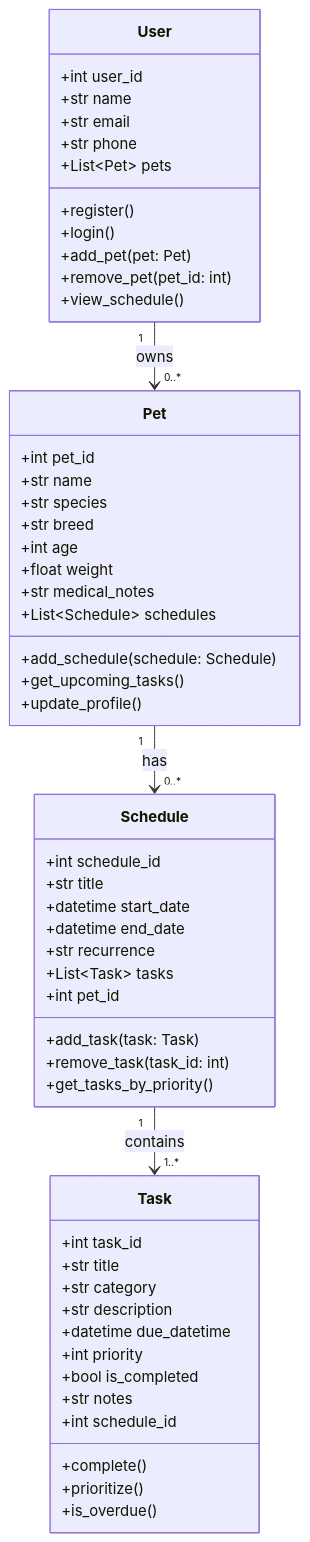
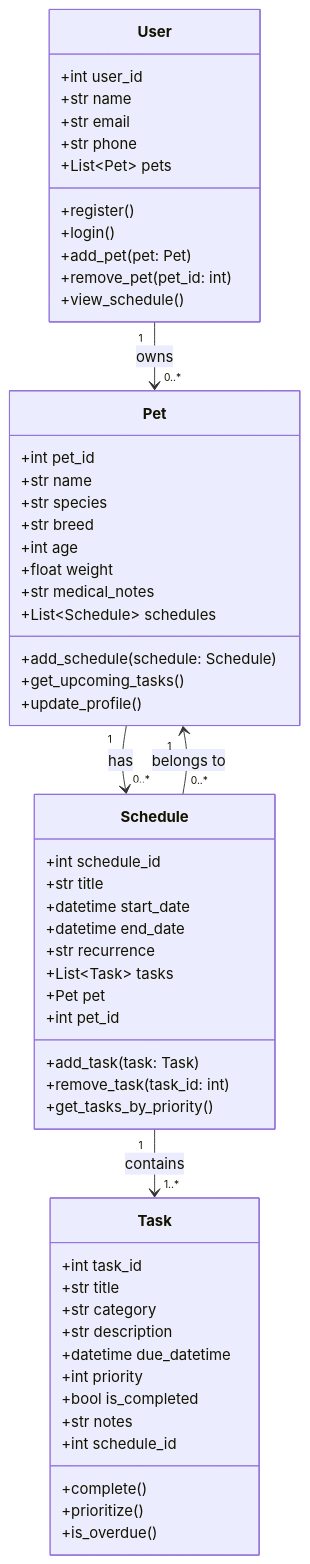
The diagram in README.md (manvocao0271/ai110-module2show-pawpal-starter), drawn with Mermaid before and after one commit. The commit also changed 2 other files, not shown here.

Commit message:
add reverse relationship between pet and schedule

````diff
--- a/README.md
+++ b/README.md
@@ -45,62 +45,64 @@
 ```mermaid
 classDiagram
     class User {
         +int user_id
         +str name
         +str email
         +str phone
         +List~Pet~ pets
         +register()
         +login()
         +add_pet(pet: Pet)
         +remove_pet(pet_id: int)
         +view_schedule()
     }
 
     class Pet {
         +int pet_id
         +str name
         +str species
         +str breed
         +int age
         +float weight
         +str medical_notes
         +List~Schedule~ schedules
         +add_schedule(schedule: Schedule)
         +get_upcoming_tasks()
         +update_profile()
     }
 
     class Schedule {
         +int schedule_id
         +str title
         +datetime start_date
         +datetime end_date
         +str recurrence
         +List~Task~ tasks
+        +Pet pet
         +int pet_id
         +add_task(task: Task)
         +remove_task(task_id: int)
         +get_tasks_by_priority()
     }
 
     class Task {
         +int task_id
         +str title
         +str category
         +str description
         +datetime due_datetime
         +int priority
         +bool is_completed
         +str notes
         +int schedule_id
         +complete()
         +prioritize()
         +is_overdue()
     }
 
     User "1" --> "0..*" Pet : owns
     Pet "1" --> "0..*" Schedule : has
+    Schedule "0..*" --> "1" Pet : belongs to
     Schedule "1" --> "1..*" Task : contains
 
 ```
````
